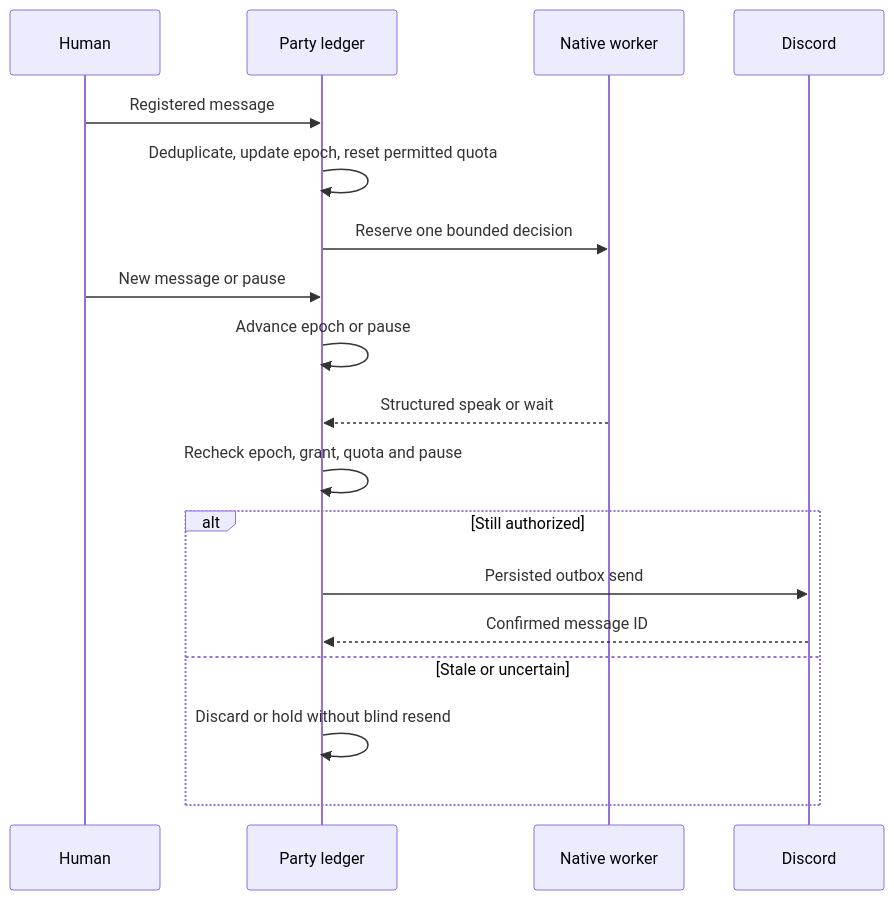
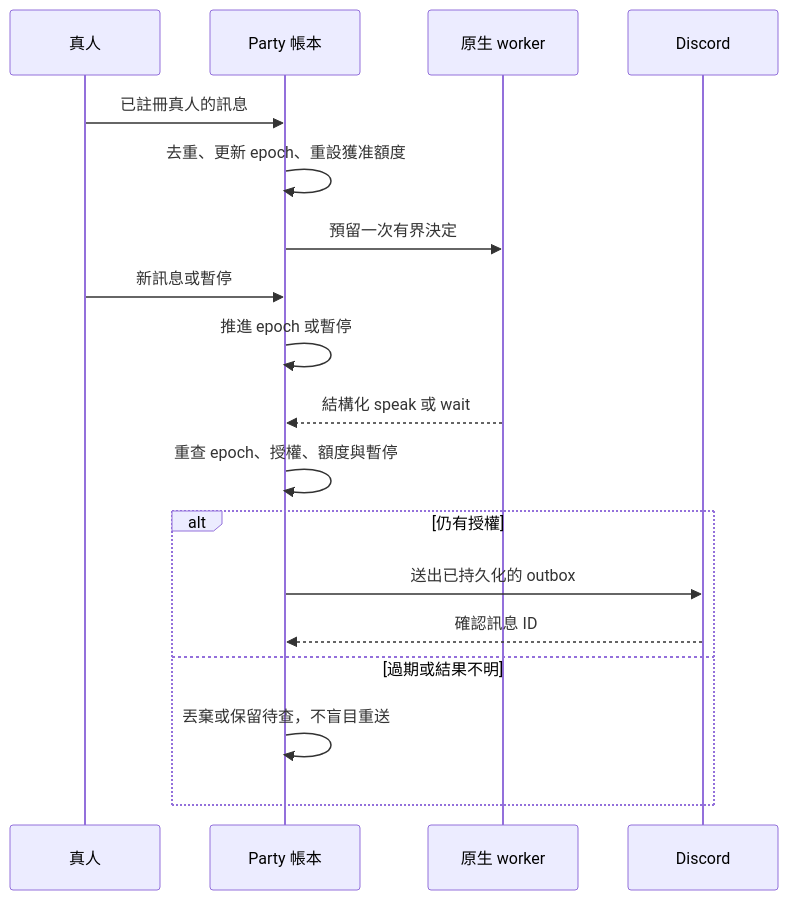
Before and after one commit to KerberosClaw/kc_agent_a2a: the first of 2 diagrams in docs/flows.md, drawn with Mermaid. The commit also changed other lines of this file and 15 other files, not shown here.

````diff
--- a/docs/flows.md
+++ b/docs/flows.md
@@ -5,20 +7,20 @@
 ```mermaid
 sequenceDiagram
-    participant Human
-    participant State as Party ledger
-    participant Model as Native worker
+    participant Human as 真人
+    participant State as Party 帳本
+    participant Model as 原生 worker
     participant Discord
-    Human->>State: Registered message
-    State->>State: Deduplicate, update epoch, reset permitted quota
-    State->>Model: Reserve one bounded decision
-    Human->>State: New message or pause
-    State->>State: Advance epoch or pause
-    Model-->>State: Structured speak or wait
-    State->>State: Recheck epoch, grant, quota and pause
-    alt Still authorized
-        State->>Discord: Persisted outbox send
-        Discord-->>State: Confirmed message ID
-    else Stale or uncertain
-        State->>State: Discard or hold without blind resend
+    Human->>State: 已註冊真人的訊息
+    State->>State: 去重、更新 epoch、重設獲准額度
+    State->>Model: 預留一次有界決定
+    Human->>State: 新訊息或暫停
+    State->>State: 推進 epoch 或暫停
+    Model-->>State: 結構化 speak 或 wait
+    State->>State: 重查 epoch、授權、額度與暫停
+    alt 仍有授權
+        State->>Discord: 送出已持久化的 outbox
+        Discord-->>State: 確認訊息 ID
+    else 過期或結果不明
+        State->>State: 丟棄或保留待查，不盲目重送
     end
 ```
````
